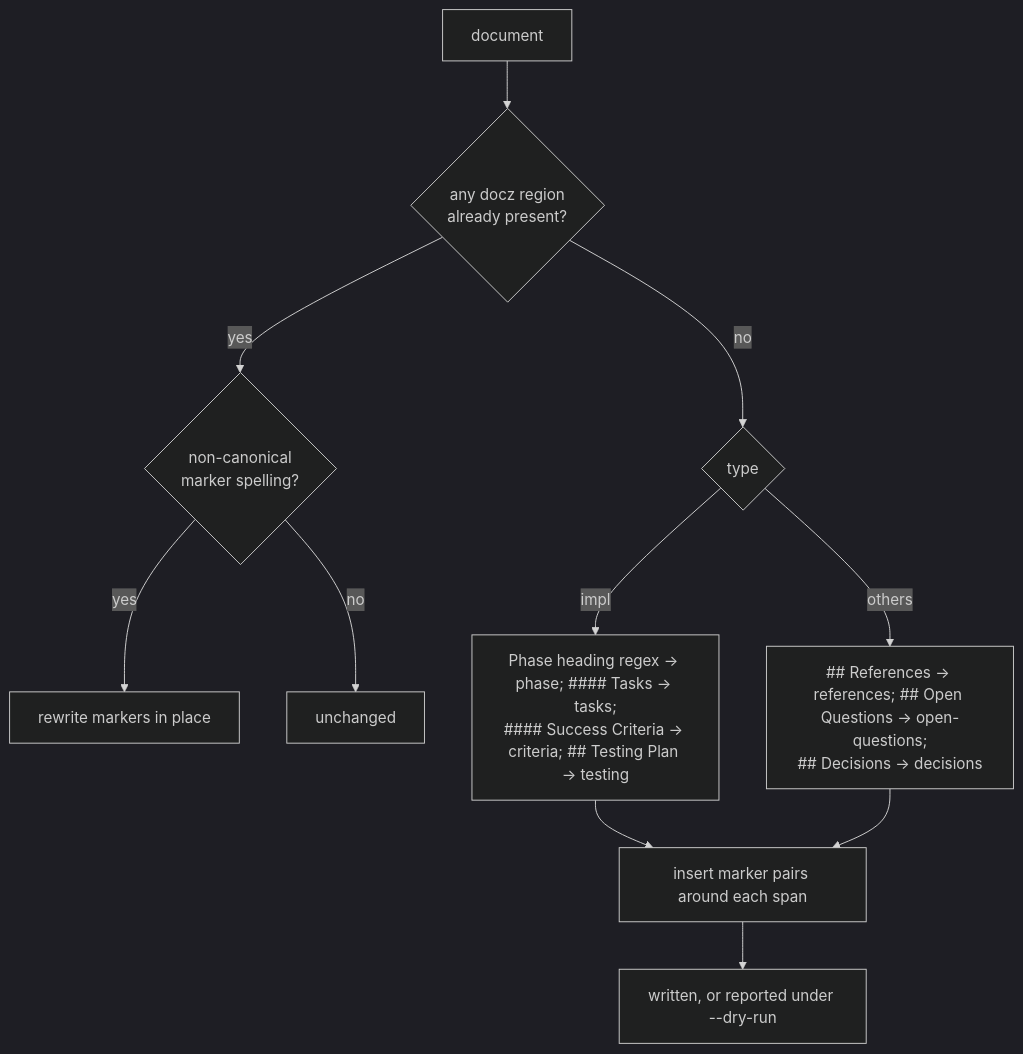
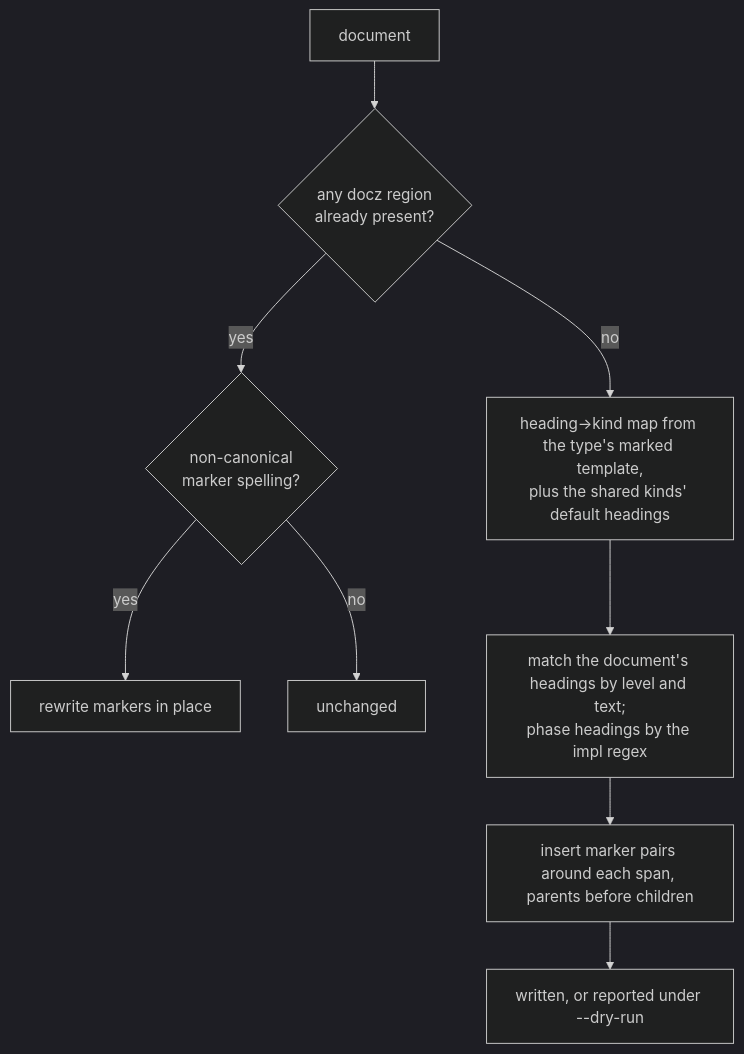
Before and after one commit to donaldgifford/docz: the fourth of 6 diagrams in docs/design/0015-structured-regions-and-docz-validate.md, drawn with Mermaid (dark theme). The commit also changed other lines of this file and 3 other files, not shown here.

First line of the commit message:
docs: every built-in is a structured type — five type packages, kinds, forty-one-kind catalogue

````diff
--- a/docs/design/0015-structured-regions-and-docz-validate.md
+++ b/docs/design/0015-structured-regions-and-docz-validate.md
@@ -562,13 +636,11 @@
 ```mermaid
 flowchart TD
   doc["document"] --> has{"any docz region<br/>already present?"}
   has -- yes --> canon{"non-canonical<br/>marker spelling?"}
   canon -- yes --> fix["rewrite markers in place"]
   canon -- no --> skip["unchanged"]
-  has -- no --> type{"type"}
-  type -- impl --> ph["Phase heading regex → phase; #### Tasks → tasks;<br/>#### Success Criteria → criteria; ## Testing Plan → testing"]
-  type -- others --> sec["## References → references; ## Open Questions → open-questions;<br/>## Decisions → decisions"]
-  ph --> ins["insert marker pairs around each span"]
-  sec --> ins
+  has -- no --> map["heading→kind map from the type's marked template,<br/>plus the shared kinds' default headings"]
+  map --> match["match the document's headings by level and text;<br/>phase headings by the impl regex"]
+  match --> ins["insert marker pairs around each span, parents before children"]
   ins --> out["written, or reported under --dry-run"]
 ```
````
